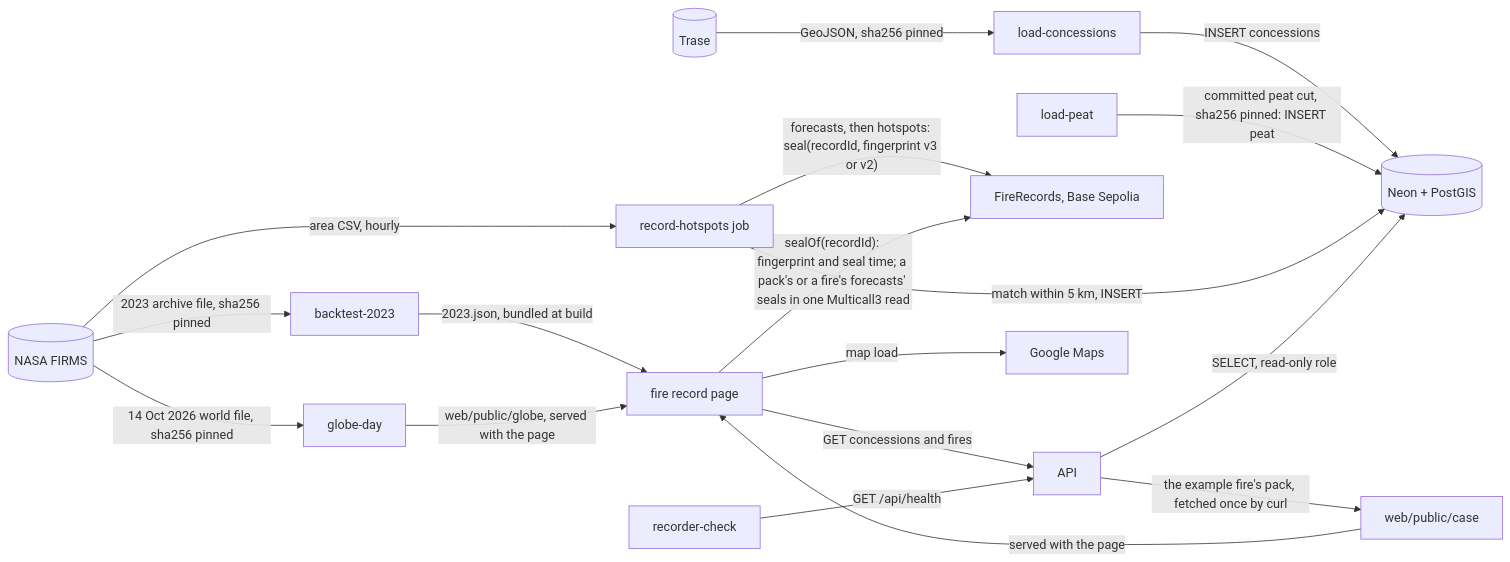
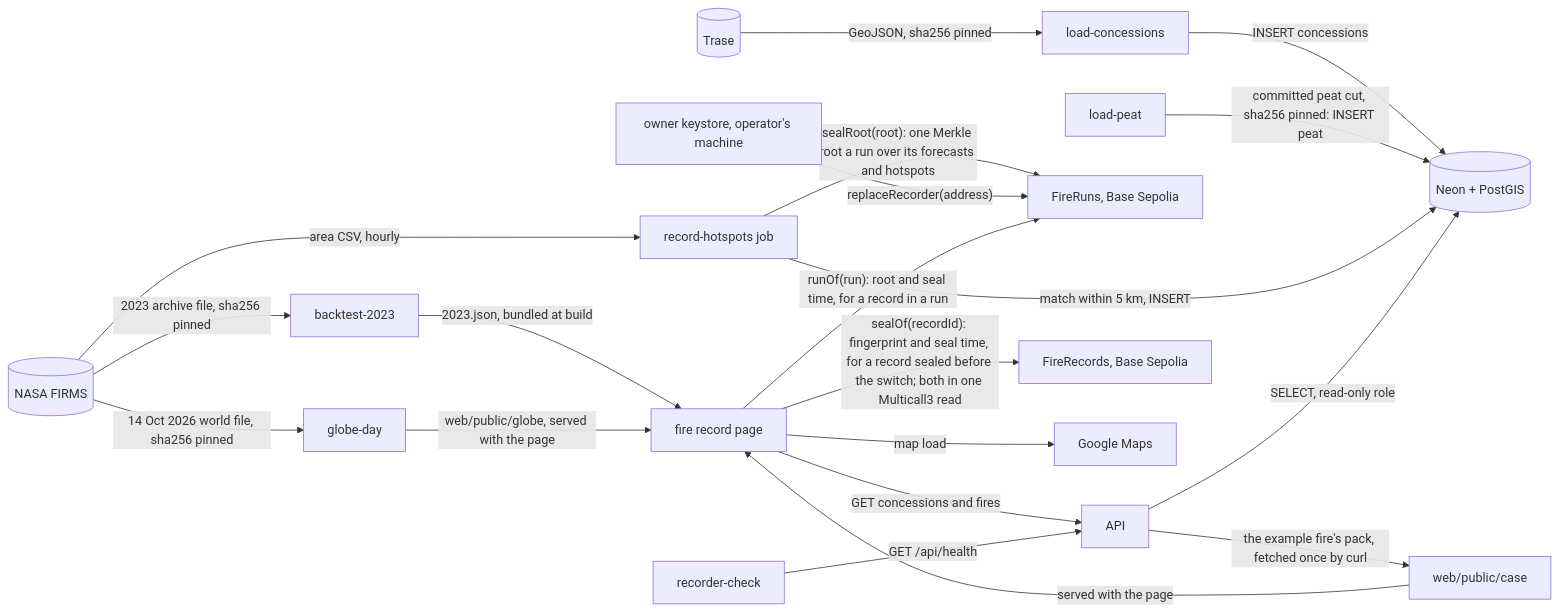
Before and after one commit to dzaffren/fire-watch: the second of 2 diagrams in docs/ARCHITECTURE.md, drawn with Mermaid. The commit also changed other lines of this file and 3 other files, not shown here.

````diff
--- a/docs/ARCHITECTURE.md
+++ b/docs/ARCHITECTURE.md
@@ -19,20 +19,22 @@
 ```mermaid
 flowchart LR
     F[(NASA FIRMS)] -- "area CSV, hourly" --> R[record-hotspots job]
     T[(Trase)] -- "GeoJSON, sha256 pinned" --> L[load-concessions]
     L -- "INSERT concessions" --> D[(Neon + PostGIS)]
     Q[load-peat] -- "committed peat cut, sha256 pinned: INSERT peat" --> D
     R -- "match within 5 km, INSERT" --> D
-    R -- "forecasts, then hotspots: seal(recordId, fingerprint v3 or v2)" --> C[FireRecords, Base Sepolia]
+    R -- "sealRoot(root): one Merkle root a run over its forecasts and hotspots" --> RU[FireRuns, Base Sepolia]
+    O[owner keystore, operator's machine] -- "replaceRecorder(address)" --> RU
     A[API] -- "SELECT, read-only role" --> D
     W[fire record page] -- "GET concessions and fires" --> A
-    W -- "sealOf(recordId): fingerprint and seal time; a pack's or a fire's forecasts' seals in one Multicall3 read" --> C
+    W -- "runOf(run): root and seal time, for a record in a run" --> RU
+    W -- "sealOf(recordId): fingerprint and seal time, for a record sealed before the switch; both in one Multicall3 read" --> C[FireRecords, Base Sepolia]
     W -- "map load" --> G[Google Maps]
     K[recorder-check] -- "GET /api/health" --> A
     F -- "2023 archive file, sha256 pinned" --> B[backtest-2023]
     B -- "2023.json, bundled at build" --> W
     F -- "14 Oct 2026 world file, sha256 pinned" --> GD[globe-day]
     GD -- "web/public/globe, served with the page" --> W
     A -- "the example fire's pack, fetched once by curl" --> CP[web/public/case]
     CP -- "served with the page" --> W
 ```
````
